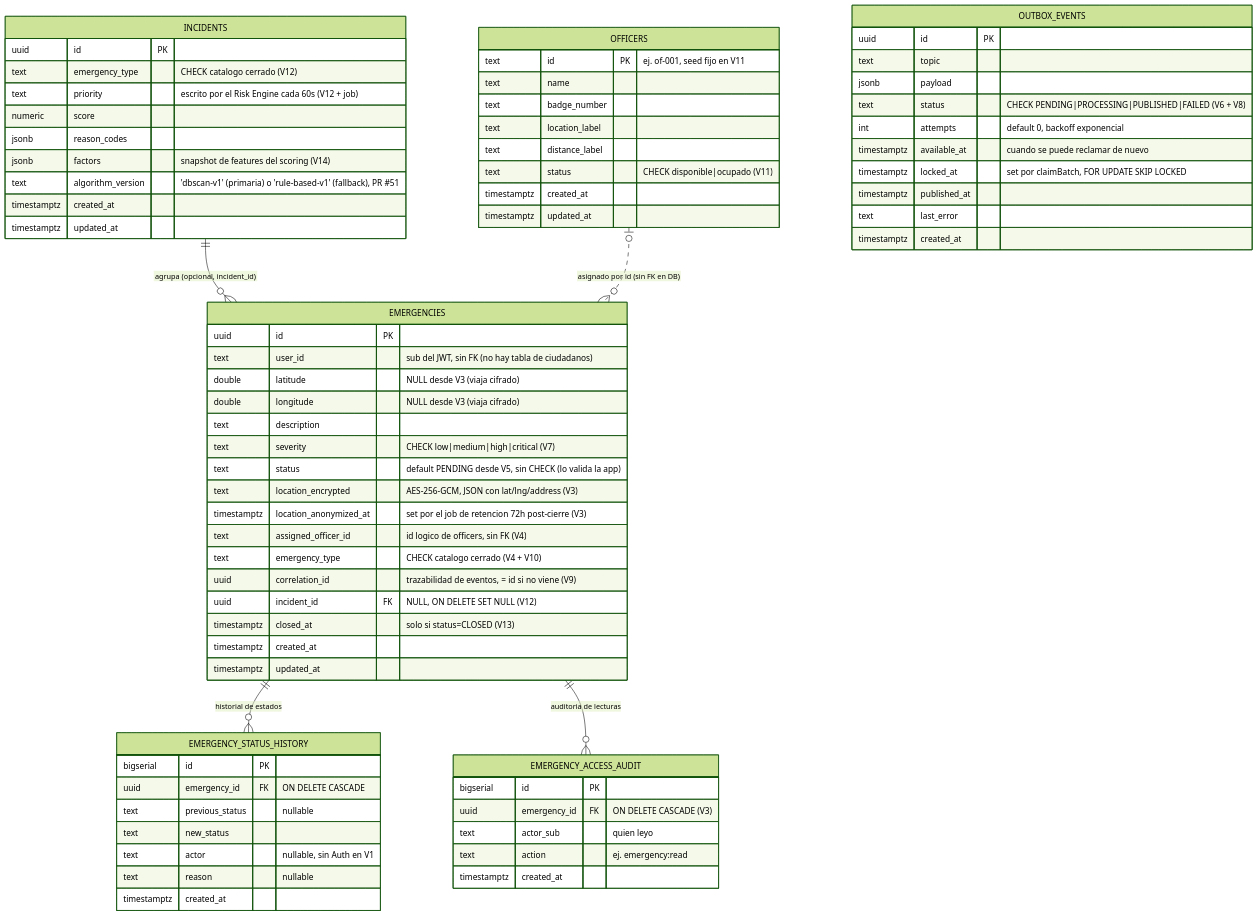
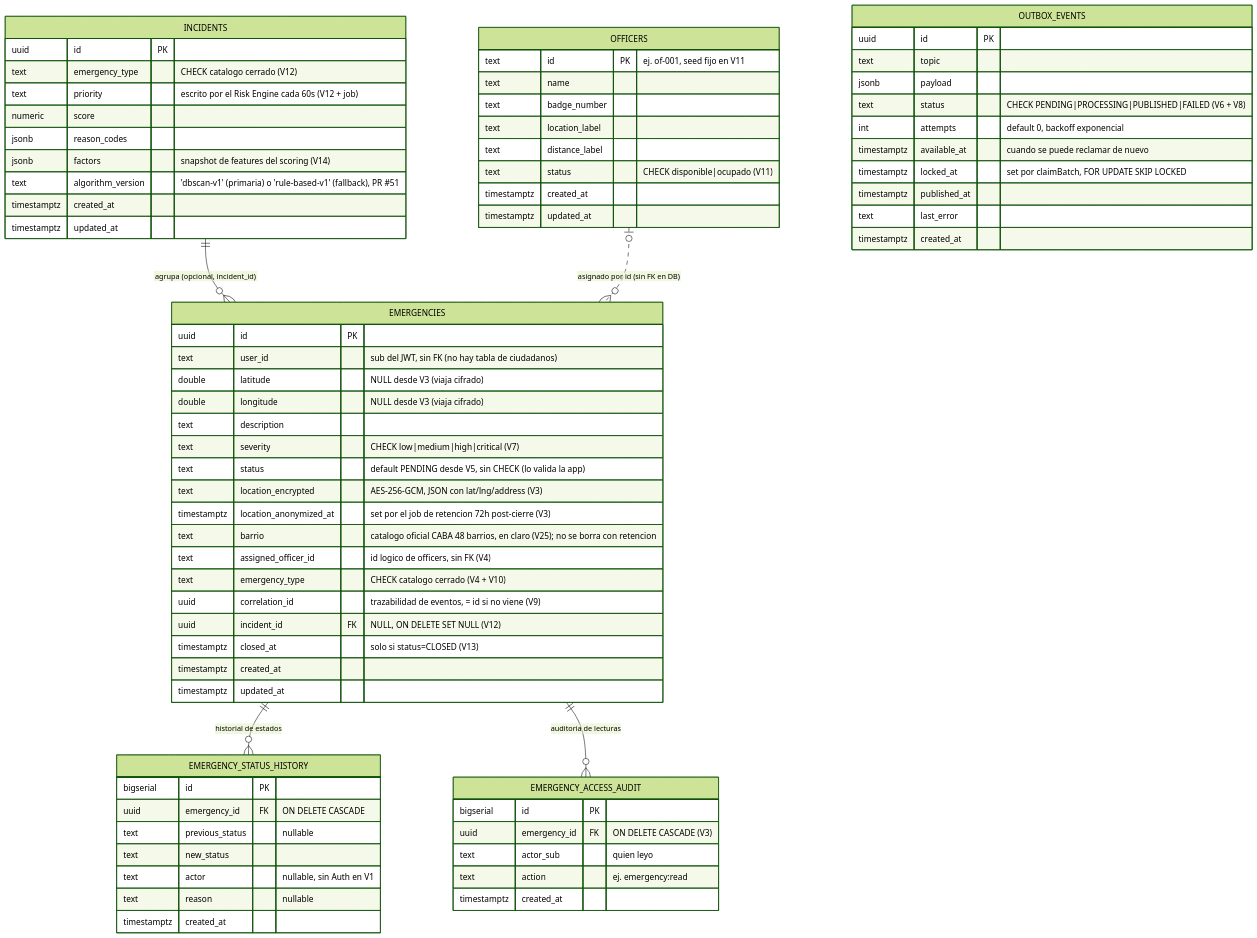
One commit to G6D2/emergencias-backend changed the diagram in docs/diagramas/02-modelo-entidad-relacion.md. Above: the diagram before and after it, drawn with Mermaid (forest theme). The commit also changed other lines of this file and 27 other files, not shown here.

First line of the commit message:
feat: barrio en claro y coords cifradas en el bus (#82)

````diff
--- a/docs/diagramas/02-modelo-entidad-relacion.md
+++ b/docs/diagramas/02-modelo-entidad-relacion.md
@@ -8,80 +8,81 @@
 ```mermaid
 erDiagram
     EMERGENCIES ||--o{ EMERGENCY_STATUS_HISTORY : "historial de estados"
     EMERGENCIES ||--o{ EMERGENCY_ACCESS_AUDIT : "auditoria de lecturas"
     INCIDENTS ||--o{ EMERGENCIES : "agrupa (opcional, incident_id)"
     OFFICERS |o..o{ EMERGENCIES : "asignado por id (sin FK en DB)"
 
     EMERGENCIES {
         uuid id PK
         text user_id "sub del JWT, sin FK (no hay tabla de ciudadanos)"
         double latitude "NULL desde V3 (viaja cifrado)"
         double longitude "NULL desde V3 (viaja cifrado)"
         text description
         text severity "CHECK low|medium|high|critical (V7)"
         text status "default PENDING desde V5, sin CHECK (lo valida la app)"
         text location_encrypted "AES-256-GCM, JSON con lat/lng/address (V3)"
         timestamptz location_anonymized_at "set por el job de retencion 72h post-cierre (V3)"
+        text barrio "catalogo oficial CABA 48 barrios, en claro (V25); no se borra con retencion"
         text assigned_officer_id "id logico de officers, sin FK (V4)"
         text emergency_type "CHECK catalogo cerrado (V4 + V10)"
         uuid correlation_id "trazabilidad de eventos, = id si no viene (V9)"
         uuid incident_id FK "NULL, ON DELETE SET NULL (V12)"
         timestamptz closed_at "solo si status=CLOSED (V13)"
         timestamptz created_at
         timestamptz updated_at
     }
 
     EMERGENCY_STATUS_HISTORY {
         bigserial id PK
         uuid emergency_id FK "ON DELETE CASCADE"
         text previous_status "nullable"
         text new_status
         text actor "nullable, sin Auth en V1"
         text reason "nullable"
         timestamptz created_at
     }
 
     EMERGENCY_ACCESS_AUDIT {
         bigserial id PK
         uuid emergency_id FK "ON DELETE CASCADE (V3)"
         text actor_sub "quien leyo"
         text action "ej. emergency:read"
         timestamptz created_at
     }
 
     OUTBOX_EVENTS {
         uuid id PK
         text topic
         jsonb payload
         text status "CHECK PENDING|PROCESSING|PUBLISHED|FAILED (V6 + V8)"
         int attempts "default 0, backoff exponencial"
         timestamptz available_at "cuando se puede reclamar de nuevo"
         timestamptz locked_at "set por claimBatch, FOR UPDATE SKIP LOCKED"
         timestamptz published_at
         text last_error
         timestamptz created_at
     }
 
     OFFICERS {
         text id PK "ej. of-001, seed fijo en V11"
         text name
         text badge_number
         text location_label
         text distance_label
         text status "CHECK disponible|ocupado (V11)"
         timestamptz created_at
         timestamptz updated_at
     }
 
     INCIDENTS {
         uuid id PK
         text emergency_type "CHECK catalogo cerrado (V12)"
         text priority "escrito por el Risk Engine cada 60s (V12 + job)"
         numeric score
         jsonb reason_codes
         jsonb factors "snapshot de features del scoring (V14)"
         text algorithm_version "'dbscan-v1' (primaria) o 'rule-based-v1' (fallback), PR #51"
         timestamptz created_at
         timestamptz updated_at
     }
 ```
````
